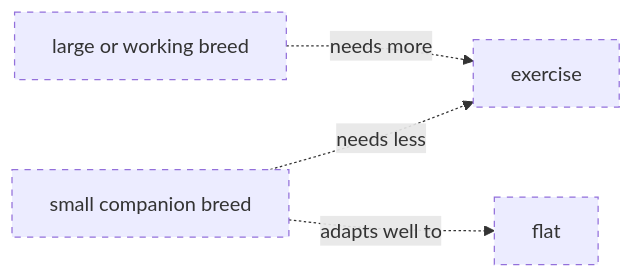
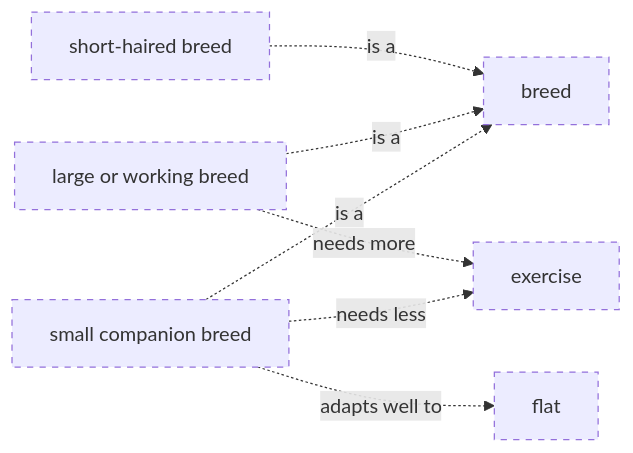
Before and after one commit to belaboros/DomainAiAssistant: diagram 21 of 57 in data/ontology-pets-and-house-rules/03_release/00_raw/level-2.md, drawn with Mermaid. The commit also changed other lines of this file and 16 other files, not shown here.

First line of the commit message:
T39 (spec 0002): level diagrams near 16:9, is-a edges in relation diagrams

````diff
--- a/data/ontology-pets-and-house-rules/03_release/00_raw/level-2.md
+++ b/data/ontology-pets-and-house-rules/03_release/00_raw/level-2.md
@@ -406,12 +431,17 @@
 ```mermaid
 flowchart LR
     classDef draft stroke-dasharray: 5 5
+    cn_01M82GKFJ96730WAHGQQD3M958["breed"]
     cn_01M82GKFJ96730WAHGQQD3M95J["exercise"]
     cn_01M82GKFJ96730WAHGQQD3M95G["flat"]
     cn_01M82GKFJ96730WAHGQQD3M95A["large or working breed"]
+    cn_01M82GKFJ96730WAHGQQD3M95C["short-haired breed"]
     cn_01M82GKFJ96730WAHGQQD3M959["small companion breed"]
+    cn_01M82GKFJ96730WAHGQQD3M959 -. "is a" .-> cn_01M82GKFJ96730WAHGQQD3M958
     cn_01M82GKFJ96730WAHGQQD3M959 -. "adapts well to" .-> cn_01M82GKFJ96730WAHGQQD3M95G
     cn_01M82GKFJ96730WAHGQQD3M959 -. "needs less" .-> cn_01M82GKFJ96730WAHGQQD3M95J
+    cn_01M82GKFJ96730WAHGQQD3M95A -. "is a" .-> cn_01M82GKFJ96730WAHGQQD3M958
     cn_01M82GKFJ96730WAHGQQD3M95A -. "needs more" .-> cn_01M82GKFJ96730WAHGQQD3M95J
-    class cn_01M82GKFJ96730WAHGQQD3M95J,cn_01M82GKFJ96730WAHGQQD3M95G,cn_01M82GKFJ96730WAHGQQD3M95A,cn_01M82GKFJ96730WAHGQQD3M959 draft
+    cn_01M82GKFJ96730WAHGQQD3M95C -. "is a" .-> cn_01M82GKFJ96730WAHGQQD3M958
+    class cn_01M82GKFJ96730WAHGQQD3M958,cn_01M82GKFJ96730WAHGQQD3M95J,cn_01M82GKFJ96730WAHGQQD3M95G,cn_01M82GKFJ96730WAHGQQD3M95A,cn_01M82GKFJ96730WAHGQQD3M95C,cn_01M82GKFJ96730WAHGQQD3M959 draft
 ```
````
